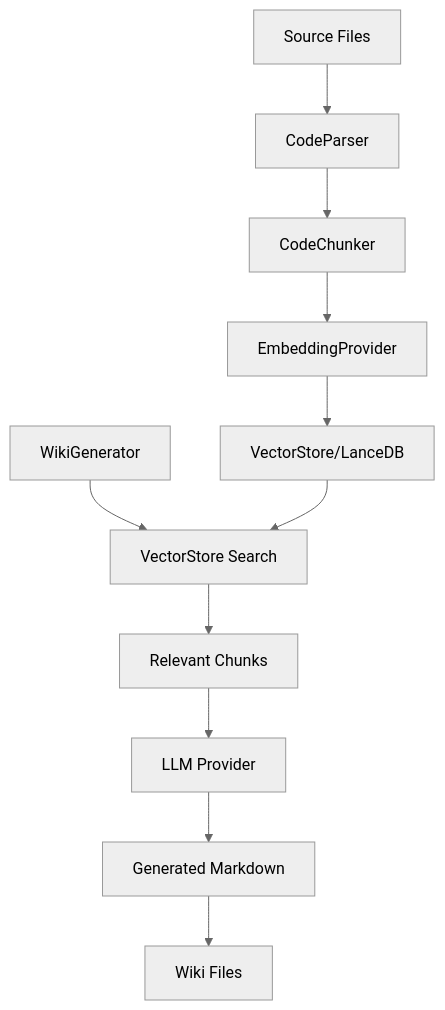
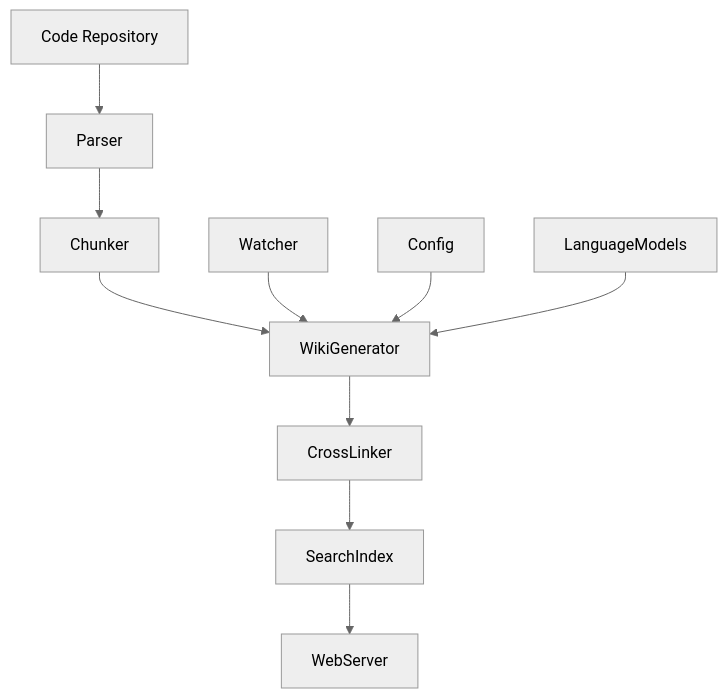
Before and after one commit to UrbanDiver/local-deepwiki-mcp: the diagram in .deepwiki/architecture.md, drawn with Mermaid (neutral theme). The commit also changed other lines of this file and 31 other files, not shown here.

````diff
--- a/.deepwiki/architecture.md
+++ b/.deepwiki/architecture.md
@@ -43,15 +35,12 @@
 ```mermaid
 graph TD
-    A[Source Files] --> B[CodeParser]
-    B --> C[CodeChunker]
-    C --> D[EmbeddingProvider]
-    D --> E[VectorStore/LanceDB]
-
-    F[WikiGenerator] --> G[VectorStore Search]
-    G --> H[Relevant Chunks]
-    H --> I[LLM Provider]
-    I --> J[Generated Markdown]
-    J --> K[Wiki Files]
-
-    E --> G
+    A[Code Repository] --> B[Parser]
+    B --> C[Chunker]
+    C --> D[WikiGenerator]
+    D --> E[CrossLinker]
+    E --> F[SearchIndex]
+    F --> G[WebServer]
+    H[Watcher] --> D
+    I[Config] --> D
+    J[LanguageModels] --> D
 ```
````
